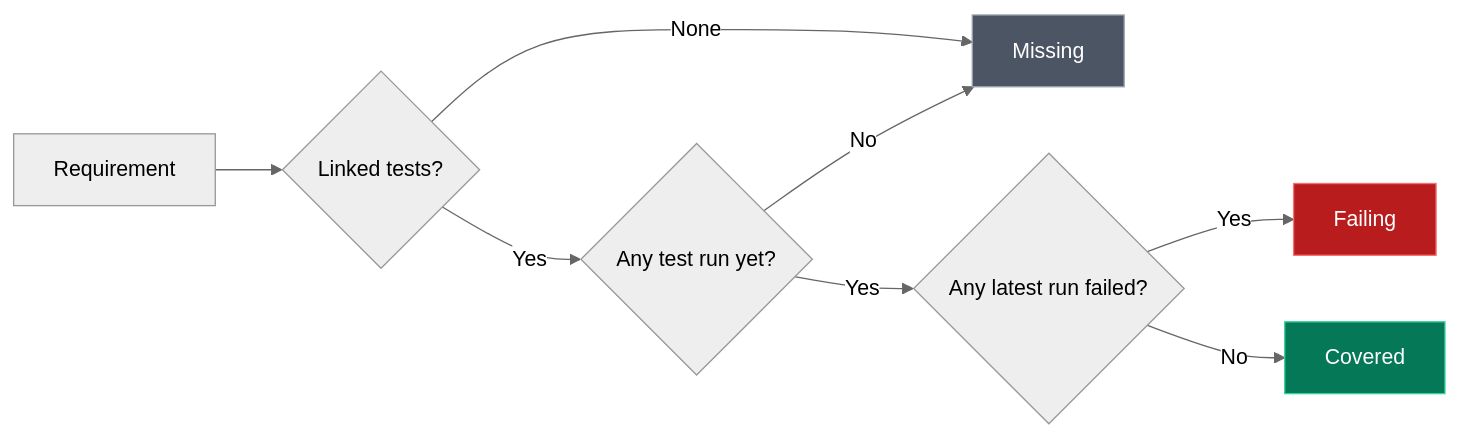
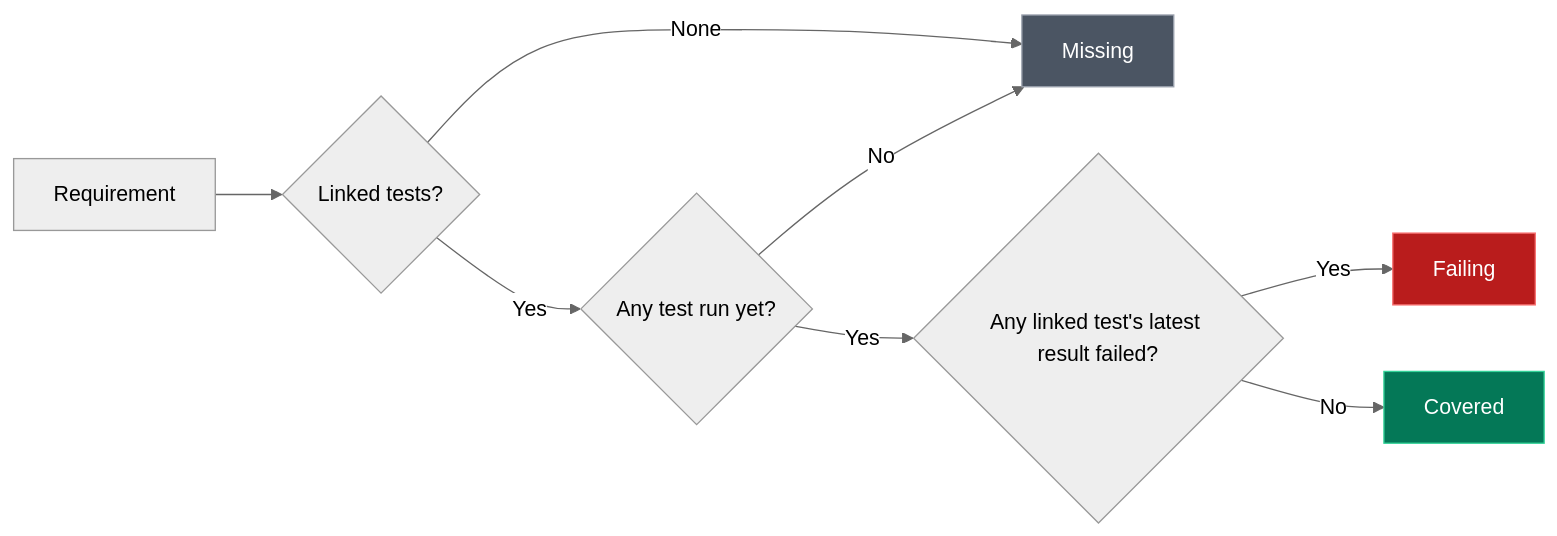
Before and after one commit to supercheck-io/supercheck: the diagram in docs/content/docs/app/automate/requirements.mdx, drawn with Mermaid (neutral theme). The commit also changed other lines of this file and 40 other files, not shown here.

````diff
--- a/docs/content/docs/app/automate/requirements.mdx
+++ b/docs/content/docs/app/automate/requirements.mdx
@@ -68,17 +68,17 @@
 ```mermaid
 flowchart LR
     R[Requirement] --> L{Linked tests?}
     L -->|None| M[Missing]
     L -->|Yes| S{Any test run yet?}
     S -->|No| M
-    S -->|Yes| F{Any latest run failed?}
+    S -->|Yes| F{Any linked test's latest result failed?}
     F -->|Yes| X[Failing]
     F -->|No| C[Covered]
 
     classDef covered fill:#047857,stroke:#34d399,color:#fff
     classDef failing fill:#b91c1c,stroke:#f87171,color:#fff
     classDef missing fill:#4b5563,stroke:#9ca3af,color:#fff
     class C covered
     class X failing
     class M missing
 ```
````
